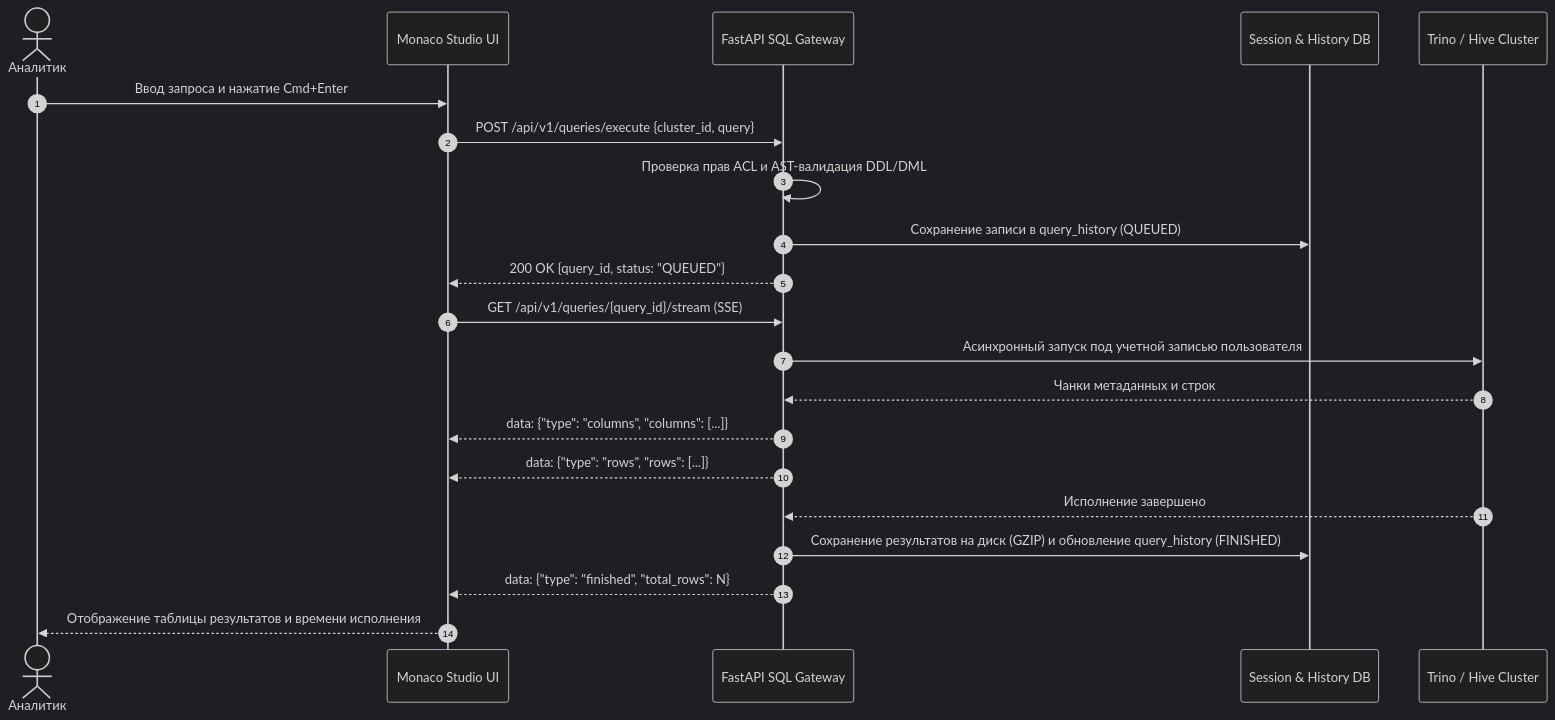
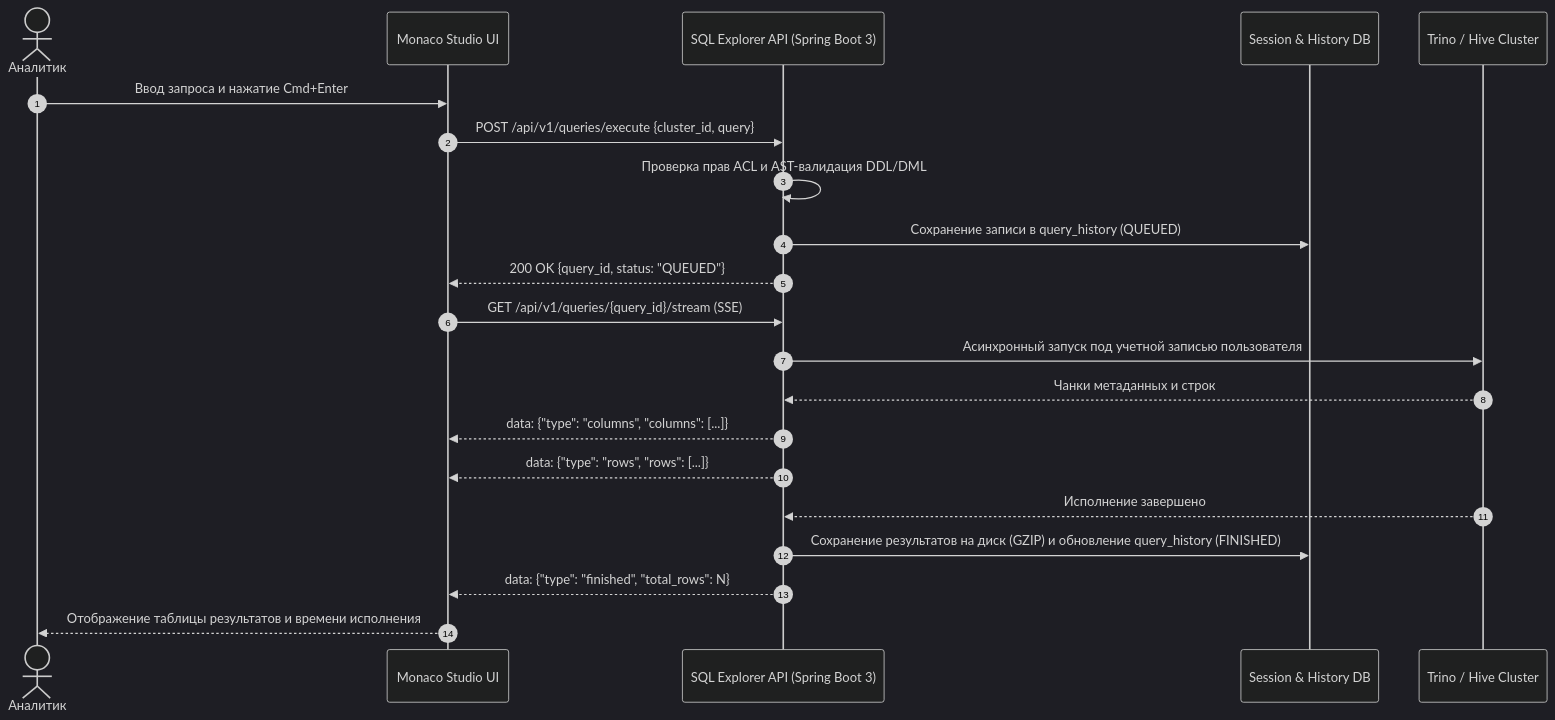
The second of 2 diagrams in docs/sql-user-guide.md (balookrd/hadoop-explorer), drawn with Mermaid (dark theme) before and after one commit. The commit also changed other lines of this file and 66 other files, not shown here.

````diff
--- a/docs/sql-user-guide.md
+++ b/docs/sql-user-guide.md
@@ -70,25 +70,25 @@
 ```mermaid
 sequenceDiagram
     autonumber
     actor U as Аналитик
     participant UI as Monaco Studio UI
-    participant BE as FastAPI SQL Gateway
+    participant BE as SQL Explorer API (Spring Boot 3)
     participant DB as Session & History DB
     participant ENG as Trino / Hive Cluster
 
     U->>UI: Ввод запроса и нажатие Cmd+Enter
     UI->>BE: POST /api/v1/queries/execute {cluster_id, query}
     BE->>BE: Проверка прав ACL и AST-валидация DDL/DML
     BE->>DB: Сохранение записи в query_history (QUEUED)
     BE-->>UI: 200 OK {query_id, status: "QUEUED"}
 
     UI->>BE: GET /api/v1/queries/{query_id}/stream (SSE)
     BE->>ENG: Асинхронный запуск под учетной записью пользователя
     ENG-->>BE: Чанки метаданных и строк
     BE-->>UI: data: {"type": "columns", "columns": [...]}
     BE-->>UI: data: {"type": "rows", "rows": [...]}
     ENG-->>BE: Исполнение завершено
     BE->>DB: Сохранение результатов на диск (GZIP) и обновление query_history (FINISHED)
     BE-->>UI: data: {"type": "finished", "total_rows": N}
     UI-->>U: Отображение таблицы результатов и времени исполнения
 ```
````
